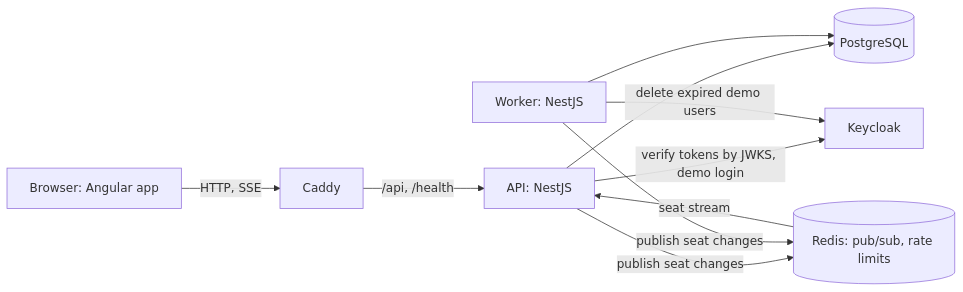
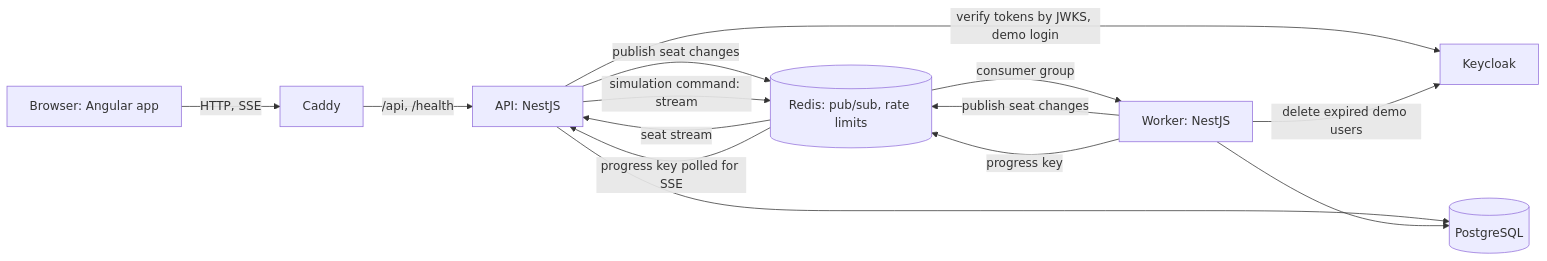
Before and after one commit to oguzbits/ticketmaster: the diagram in README.md, drawn with Mermaid. The commit also changed other lines of this file and 3 other files, not shown here.

````diff
--- a/README.md
+++ b/README.md
@@ -52,12 +56,16 @@
 ```mermaid
 flowchart LR
   browser[Browser: Angular app] -->|HTTP, SSE| caddy[Caddy]
   caddy -->|/api, /health| api[API: NestJS]
   api -->|verify tokens by JWKS, demo login| keycloak[Keycloak]
   api --> postgres[(PostgreSQL)]
   api -->|publish seat changes| redis[(Redis: pub/sub, rate limits)]
   redis -->|seat stream| api
   worker[Worker: NestJS] --> postgres
   worker -->|publish seat changes| redis
   worker -->|delete expired demo users| keycloak
+  api -->|simulation command: stream| redis
+  redis -->|consumer group| worker
+  worker -->|progress key| redis
+  redis -->|progress key polled for SSE| api
 ```
````
